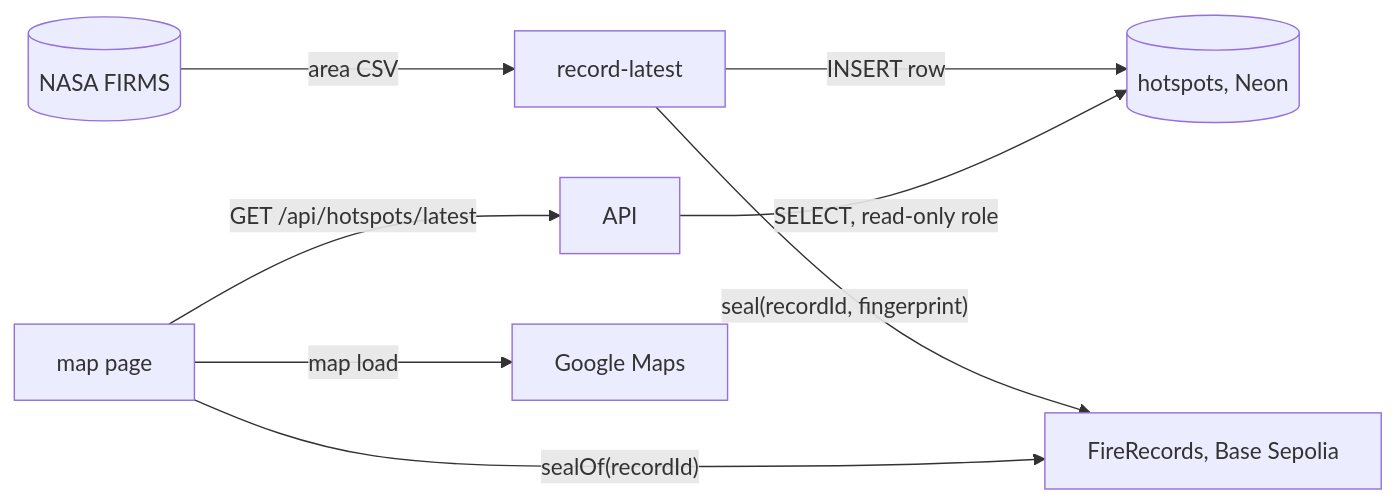
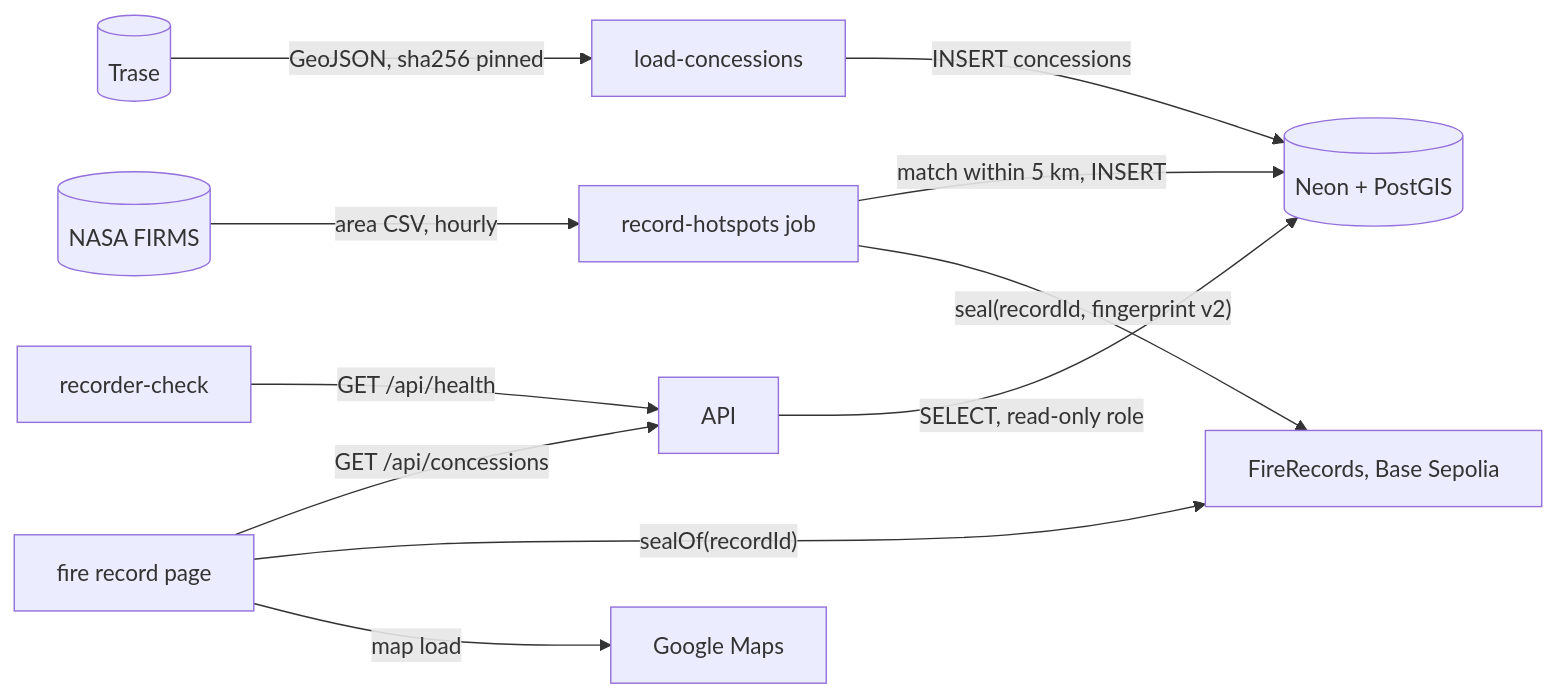
Before and after one commit to dzaffren/fire-watch: the second of 2 diagrams in docs/ARCHITECTURE.md, drawn with Mermaid. The commit also changed other lines of this file and 3 other files, not shown here.

First line of the commit message:
docs(overview): mark fire-record built

````diff
--- a/docs/ARCHITECTURE.md
+++ b/docs/ARCHITECTURE.md
@@ -17,10 +18,13 @@
 ```mermaid
 flowchart LR
-    F[(NASA FIRMS)] -- "area CSV" --> R[record-latest]
-    R -- "INSERT row" --> D[(hotspots, Neon)]
-    R -- "seal(recordId, fingerprint)" --> C[FireRecords, Base Sepolia]
+    F[(NASA FIRMS)] -- "area CSV, hourly" --> R[record-hotspots job]
+    T[(Trase)] -- "GeoJSON, sha256 pinned" --> L[load-concessions]
+    L -- "INSERT concessions" --> D[(Neon + PostGIS)]
+    R -- "match within 5 km, INSERT" --> D
+    R -- "seal(recordId, fingerprint v2)" --> C[FireRecords, Base Sepolia]
     A[API] -- "SELECT, read-only role" --> D
-    W[map page] -- "GET /api/hotspots/latest" --> A
+    W[fire record page] -- "GET /api/concessions" --> A
     W -- "sealOf(recordId)" --> C
     W -- "map load" --> G[Google Maps]
+    K[recorder-check] -- "GET /api/health" --> A
 ```
````
